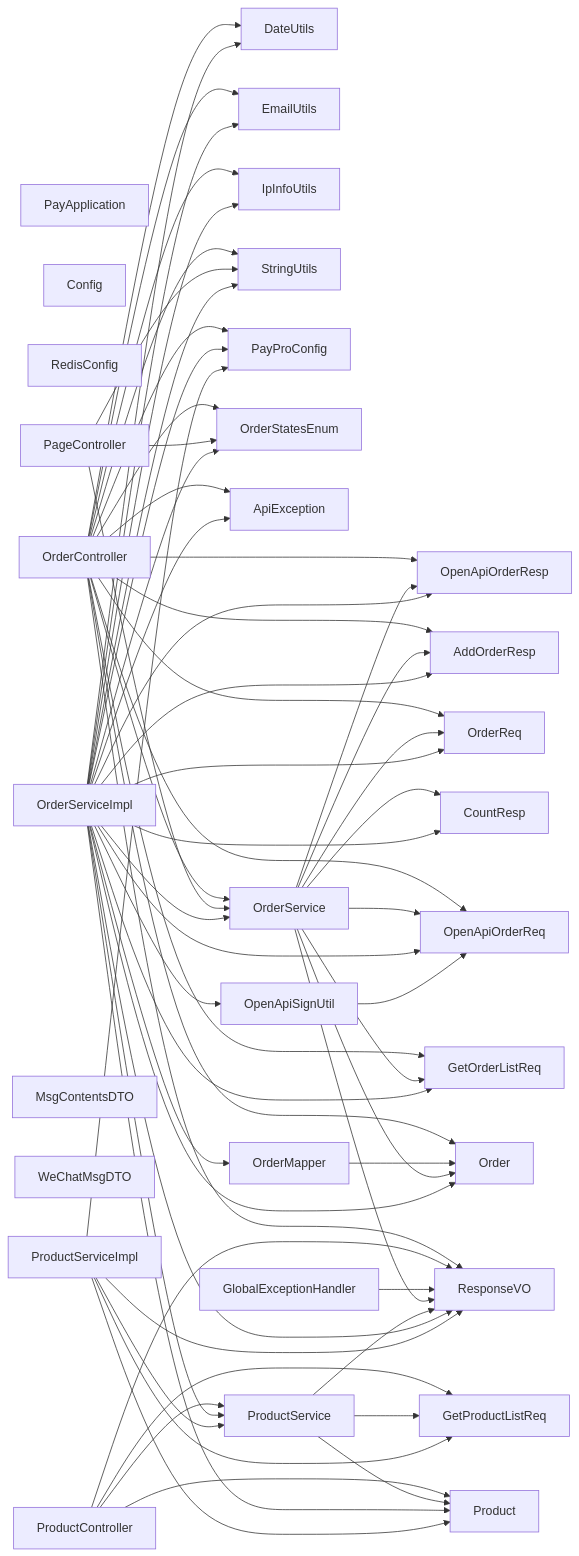
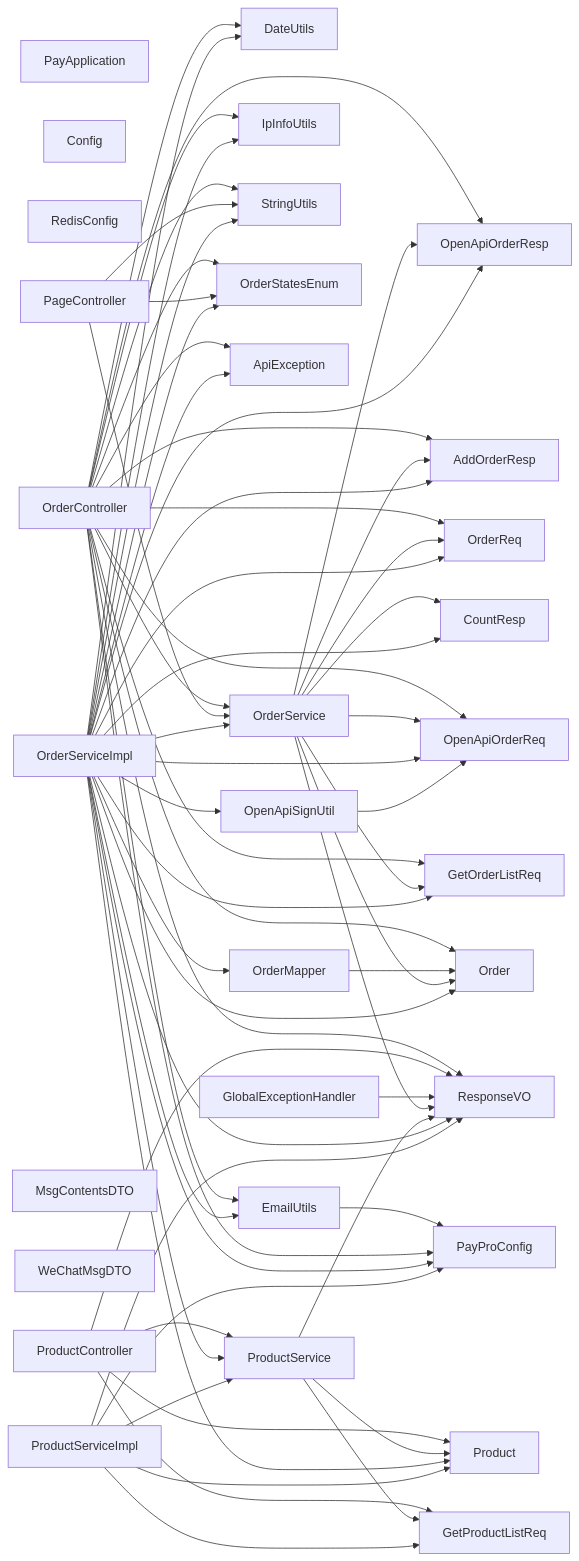
Before and after one commit to ma906584241/PayPro: the diagram in docs/codegraph-dependencies.mmd, drawn with Mermaid. The commit also changed 89 other files, not shown here.

```diff
--- a/docs/codegraph-dependencies.mmd
+++ b/docs/codegraph-dependencies.mmd
@@ -1,95 +1,96 @@
 flowchart LR
     %% Static imports only; not runtime calls.
     J0["PayApplication"]
     J1["DateUtils"]
     J2["EmailUtils"]
     J3["IpInfoUtils"]
     J4["StringUtils"]
     J5["Config"]
     J6["PayProConfig"]
     J7["RedisConfig"]
     J8["OrderController"]
     J9["PageController"]
     J10["ProductController"]
     J11["MsgContentsDTO"]
     J12["WeChatMsgDTO"]
     J13["Order"]
     J14["Product"]
     J15["OrderStatesEnum"]
     J16["ApiException"]
     J17["GlobalExceptionHandler"]
     J18["OrderMapper"]
     J19["ResponseVO"]
     J20["GetOrderListReq"]
     J21["GetProductListReq"]
     J22["OpenApiOrderReq"]
     J23["OrderReq"]
     J24["AddOrderResp"]
     J25["CountResp"]
     J26["OpenApiOrderResp"]
     J27["OrderService"]
     J28["ProductService"]
     J29["OrderServiceImpl"]
     J30["ProductServiceImpl"]
     J31["OpenApiSignUtil"]
+    J2 --> J6
     J8 --> J1
     J8 --> J2
     J8 --> J3
     J8 --> J4
     J8 --> J6
     J8 --> J13
     J8 --> J15
     J8 --> J16
     J8 --> J19
     J8 --> J20
     J8 --> J22
     J8 --> J23
     J8 --> J24
     J8 --> J26
     J8 --> J27
     J9 --> J4
     J9 --> J15
     J9 --> J27
     J10 --> J14
     J10 --> J19
     J10 --> J21
     J10 --> J28
     J17 --> J19
     J18 --> J13
     J27 --> J13
     J27 --> J19
     J27 --> J20
     J27 --> J22
     J27 --> J23
     J27 --> J24
     J27 --> J25
     J27 --> J26
     J28 --> J14
     J28 --> J19
     J28 --> J21
     J29 --> J1
     J29 --> J2
     J29 --> J3
     J29 --> J4
     J29 --> J6
     J29 --> J13
     J29 --> J14
     J29 --> J15
     J29 --> J16
     J29 --> J18
     J29 --> J19
     J29 --> J20
     J29 --> J22
     J29 --> J23
     J29 --> J24
     J29 --> J25
     J29 --> J26
     J29 --> J27
     J29 --> J28
     J29 --> J31
     J30 --> J6
     J30 --> J14
     J30 --> J19
     J30 --> J21
     J30 --> J28
     J31 --> J22
```
